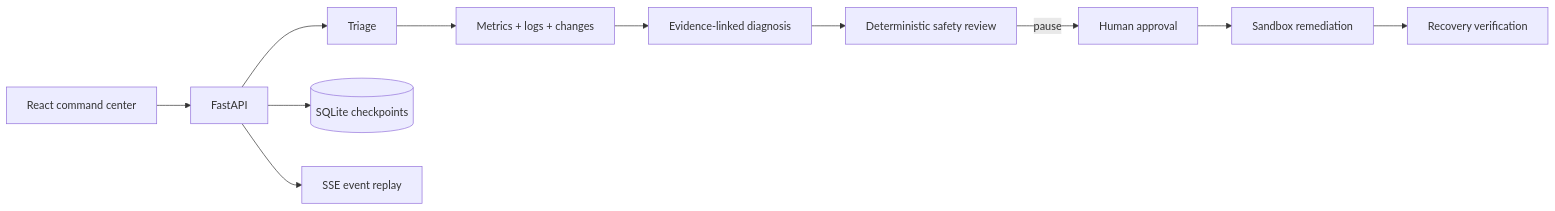
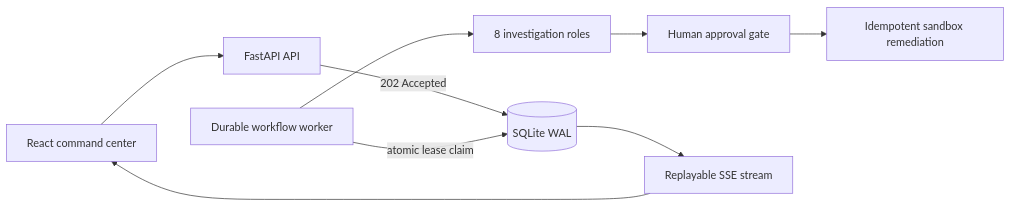
Before and after one commit to kingslayer-ops/multi-agent-incident-lab: the diagram in README.md, drawn with Mermaid. The commit also changed other lines of this file and 21 other files, not shown here.

Commit message:
feat: durable crash-recoverable workflow runtime (v1.2.0)

````diff
--- a/README.md
+++ b/README.md
@@ -31,13 +27,11 @@
 ```mermaid
 flowchart LR
-    UI[React command center] --> API[FastAPI]
-    API --> TRIAGE[Triage]
-    TRIAGE --> OBS[Metrics + logs + changes]
-    OBS --> DIAG[Evidence-linked diagnosis]
-    DIAG --> POLICY[Deterministic safety review]
-    POLICY -->|pause| HUMAN[Human approval]
-    HUMAN --> EXEC[Sandbox remediation]
-    EXEC --> VERIFY[Recovery verification]
-    API --> DB[(SQLite checkpoints)]
-    API --> SSE[SSE event replay]
+    UI["React command center"] --> API["FastAPI API"]
+    API -->|"202 Accepted"| DB[("SQLite WAL")]
+    WORKER["Durable workflow worker"] -->|"atomic lease claim"| DB
+    WORKER --> AGENTS["8 investigation roles"]
+    AGENTS --> GATE["Human approval gate"]
+    GATE --> EXEC["Idempotent sandbox remediation"]
+    DB --> SSE["Replayable SSE stream"]
+    SSE --> UI
 ```
````
